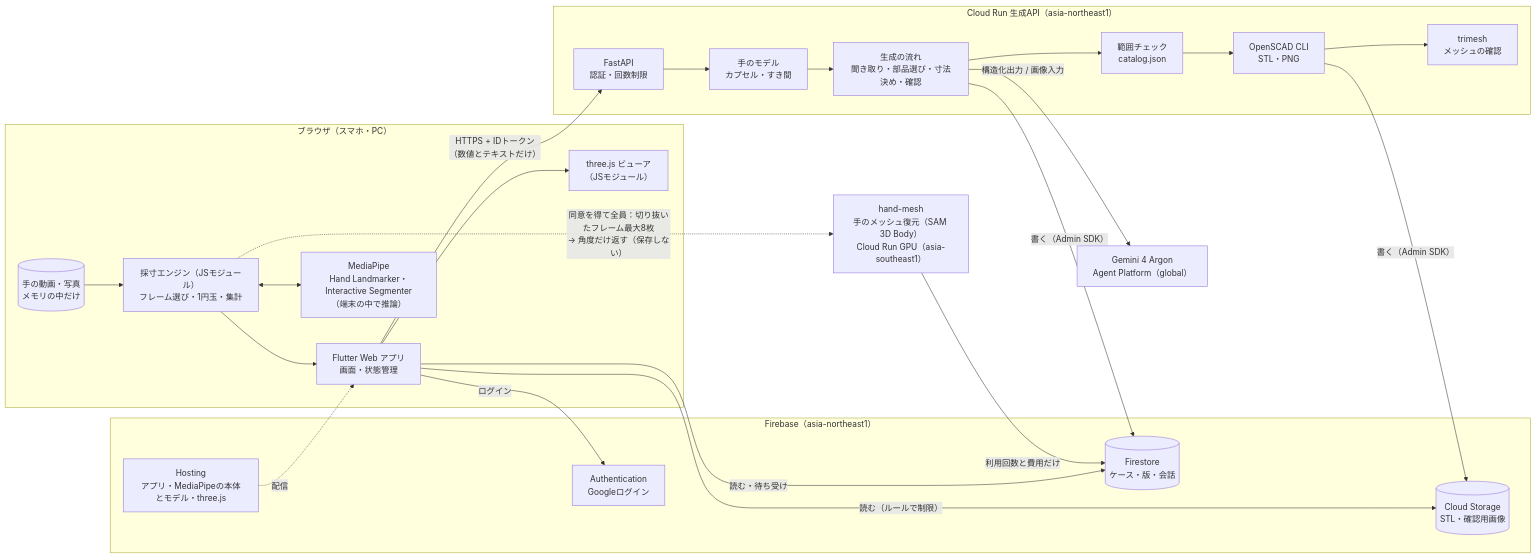
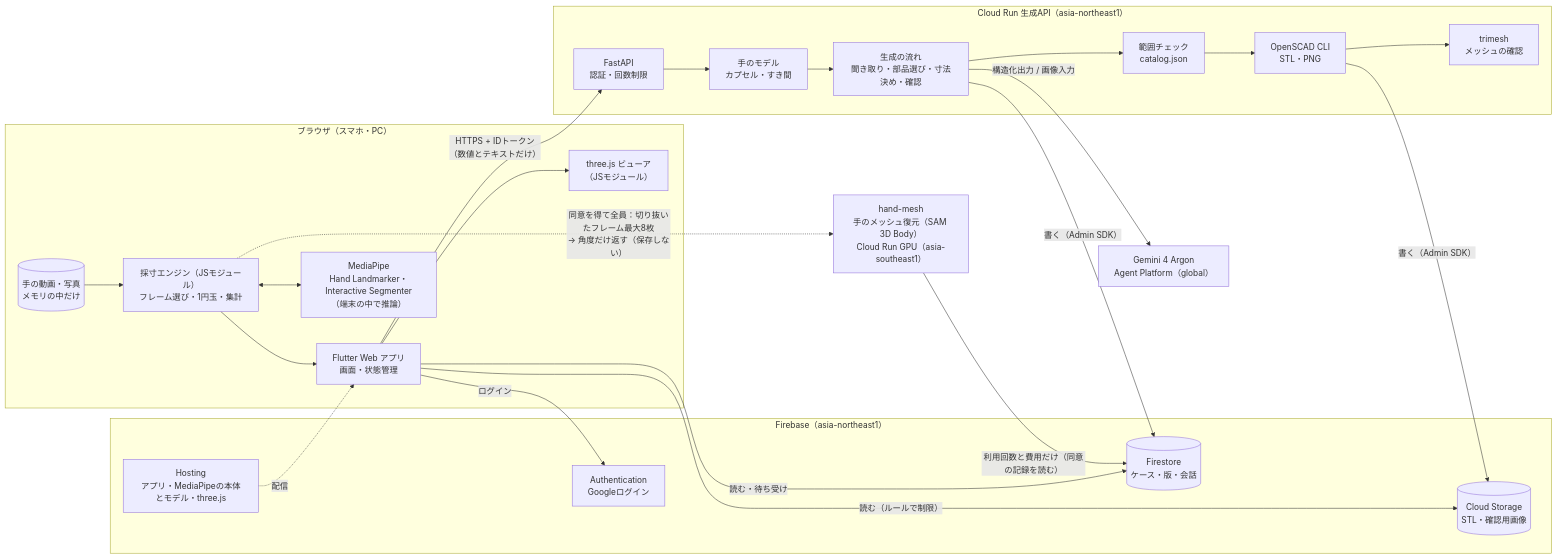
The first of 4 diagrams in docs/architecture.md (Devfest-Hackathon-2026/df-2026-t101), drawn with Mermaid before and after one commit. The commit also changed other lines of this file and 16 other files, not shown here.

````diff
--- a/docs/architecture.md
+++ b/docs/architecture.md
@@ -14,45 +14,45 @@
 ```mermaid
 flowchart LR
   subgraph Phone_PC["ブラウザ（スマホ・PC）"]
     UI["Flutter Web アプリ<br/>画面・状態管理"]
     MP["MediaPipe<br/>Hand Landmarker・Interactive Segmenter<br/>（端末の中で推論）"]
     GEO["採寸エンジン（JSモジュール）<br/>フレーム選び・1円玉・集計"]
     TV["three.js ビューア<br/>（JSモジュール）"]
     PHOTO[("手の動画・写真<br/>メモリの中だけ")]
     PHOTO --> GEO
     GEO <--> MP
     GEO --> UI
     UI --> TV
   end
 
   subgraph Firebase["Firebase（asia-northeast1）"]
     HOST["Hosting<br/>アプリ・MediaPipeの本体とモデル・three.js"]
     AUTH["Authentication<br/>Googleログイン"]
     FS[("Firestore<br/>ケース・版・会話")]
     ST[("Cloud Storage<br/>STL・確認用画像")]
   end
 
   subgraph CloudRun["Cloud Run 生成API（asia-northeast1）"]
     API["FastAPI<br/>認証・回数制限"]
     PIPE["生成の流れ<br/>聞き取り・部品選び・寸法決め・確認"]
     HM["手のモデル<br/>カプセル・すき間"]
     VAL["範囲チェック<br/>catalog.json"]
     SCAD["OpenSCAD CLI<br/>STL・PNG"]
     MESH["trimesh<br/>メッシュの確認"]
     API --> HM --> PIPE --> VAL --> SCAD --> MESH
   end
 
   GEM["Gemini 4 Argon<br/>Agent Platform（global）"]
   GPU["hand-mesh<br/>手のメッシュ復元（SAM 3D Body）<br/>Cloud Run GPU（asia-southeast1）"]
   GEO -. "同意を得て全員：切り抜いたフレーム最大8枚<br/>→ 角度だけ返す（保存しない）" .-> GPU
 
   HOST -. 配信 .-> UI
   UI -- ログイン --> AUTH
   UI -- "読む・待ち受け" --> FS
   UI -- "読む（ルールで制限）" --> ST
   UI -- "HTTPS + IDトークン<br/>（数値とテキストだけ）" --> API
   PIPE -- "構造化出力 / 画像入力" --> GEM
   PIPE -- "書く（Admin SDK）" --> FS
   SCAD -- "書く（Admin SDK）" --> ST
-  GPU -- "利用回数と費用だけ" --> FS
+  GPU -- "利用回数と費用だけ（同意の記録を読む）" --> FS
 ```
````
